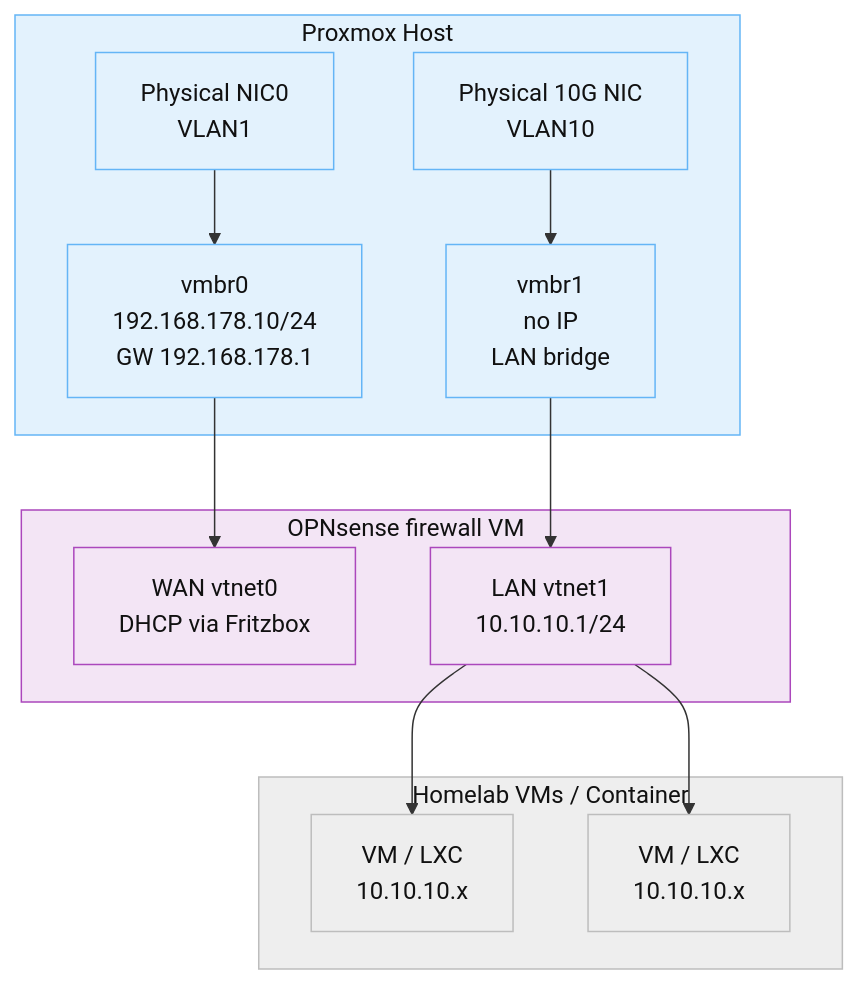
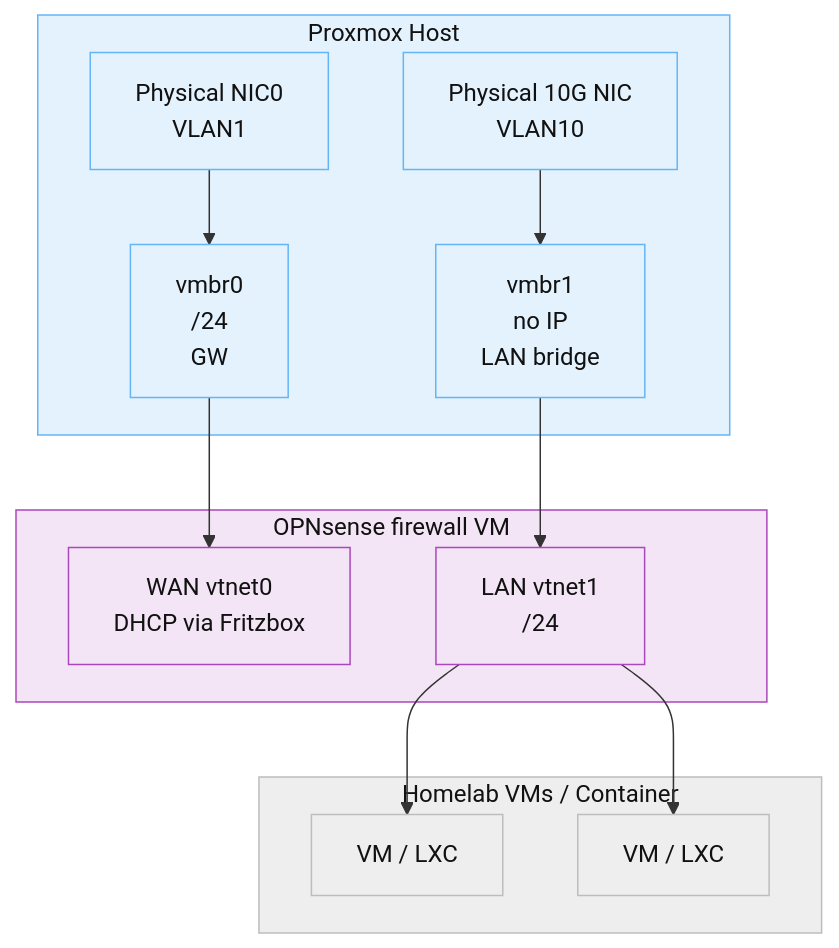
One commit to Noxwer-beep/homelab-infrastructure changed the diagram in docs/06_Proxmox_Configuration.md. Above: the diagram before and after it, drawn with Mermaid. The commit also changed other lines of this file and 8 other files, not shown here.

````diff
--- a/docs/06_Proxmox_Configuration.md
+++ b/docs/06_Proxmox_Configuration.md
@@ -34,41 +34,41 @@
 ```mermaid
 graph TD
     %% ===== Classes / Colors =====
     classDef host fill:#e3f2fd,stroke:#64b5f6,stroke-width:1px,color:#111;
     classDef fw fill:#f3e5f5,stroke:#ab47bc,stroke-width:1px,color:#111;
     classDef vm fill:#eeeeee,stroke:#bdbdbd,stroke-width:1px,color:#111;
 
     %% ===== Proxmox Host =====
     subgraph ProxmoxHost["Proxmox Host"]
         NIC0["Physical NIC0<br>VLAN1"]
         NIC10G["Physical 10G NIC<br>VLAN10"]
 
-        vmbr0["vmbr0<br>192.168.178.10/24<br>GW 192.168.178.1"]
+        vmbr0["vmbr0<br><mgmt-subnet>/24<br>GW <home-router-ip>"]
         vmbr1["vmbr1<br>no IP<br>LAN bridge"]
 
         NIC0 --> vmbr0
         NIC10G --> vmbr1
     end
 
     %% ===== OPNsense VM =====
     subgraph OPNsense["OPNsense firewall VM"]
         WAN["WAN vtnet0<br>DHCP via Fritzbox"]
-        LAN["LAN vtnet1<br>10.10.10.1/24"]
+        LAN["LAN vtnet1<br><lab-gateway>/24"]
     end
 
     vmbr0 --> WAN
     vmbr1 --> LAN
 
     %% ===== Homelab VMs =====
     subgraph Homelab["Homelab VMs / Container"]
-        VM1["VM / LXC<br>10.10.10.x"]
-        VM2["VM / LXC<br>10.10.10.x"]
+        VM1["VM / LXC<br><lab-subnet>"]
+        VM2["VM / LXC<br><lab-subnet>"]
     end
 
     LAN --> VM1
     LAN --> VM2
 
     class ProxmoxHost,NIC0,NIC10G,vmbr0,vmbr1 host;
     class OPNsense,WAN,LAN fw;
     class Homelab,VM1,VM2 vm;
 ```
````
